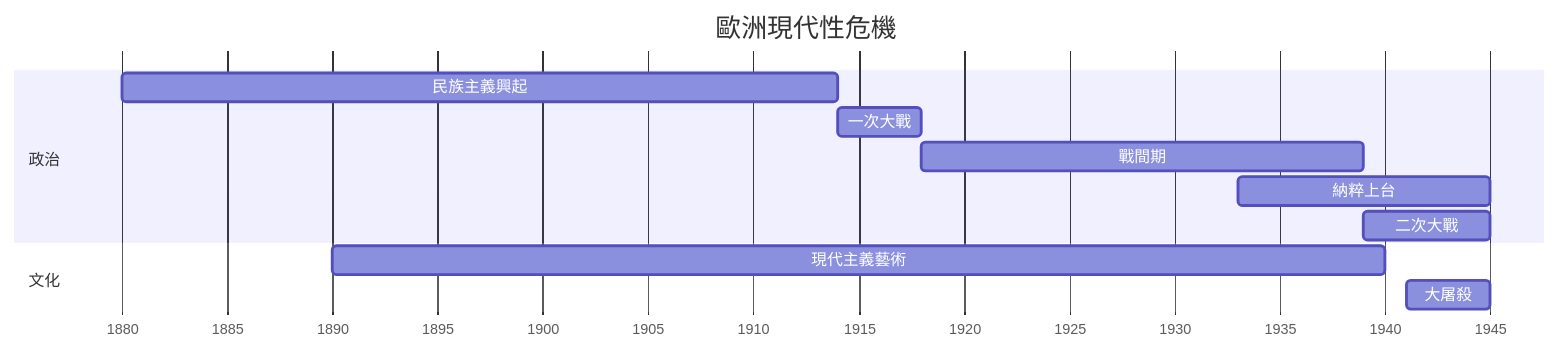
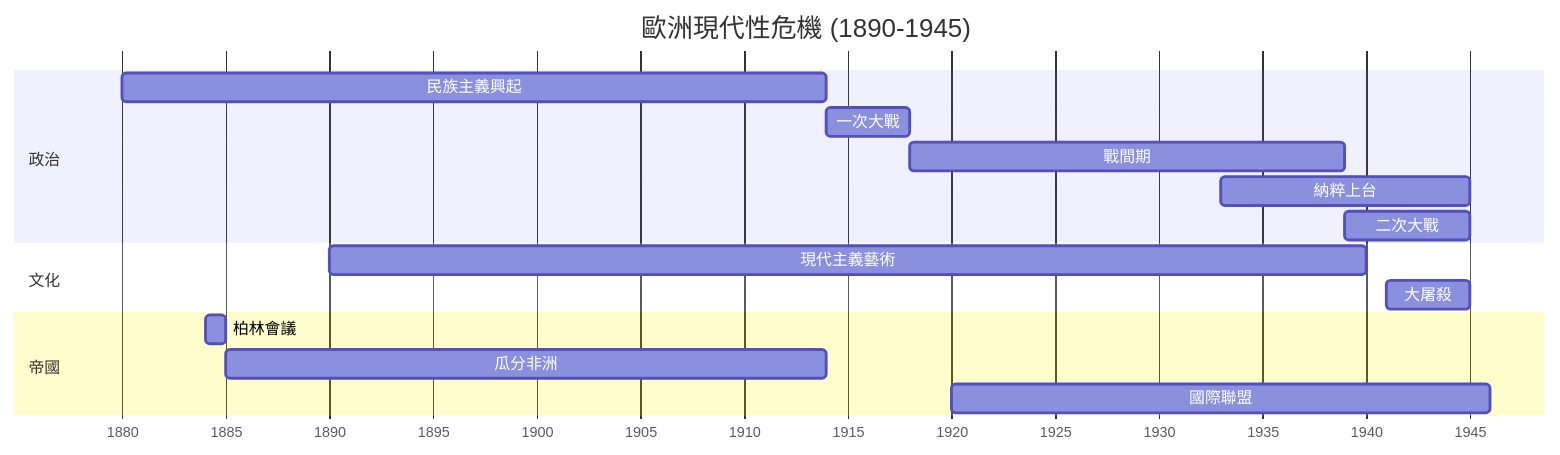
One commit to yip-lgtm/HKU-Harvard-History-Self-Study changed the sixth of 10 diagrams in 01_HKU_Courses/HIST2063_Europe_and_modernity.md. Above: the diagram before and after it, drawn with Mermaid. The commit also changed other lines of this file and 12 other files, not shown here.

````diff
--- a/01_HKU_Courses/HIST2063_Europe_and_modernity.md
+++ b/01_HKU_Courses/HIST2063_Europe_and_modernity.md
@@ -304,15 +352,19 @@
 ```mermaid
 gantt
-    title 歐洲現代性危機
+    title 歐洲現代性危機 (1890-1945)
     dateFormat  YYYY
     axisFormat  %Y
     section 政治
-    民族主義興起    :1880, 1914
-    一次大戰    :1914, 1918
-    戰間期    :1918, 1939
-    納粹上台    :1933, 1945
-    二次大戰    :1939, 1945
+    民族主義興起          :1880, 1914
+    一次大戰              :1914, 1918
+    戰間期                :1918, 1939
+    納粹上台              :1933, 1945
+    二次大戰              :1939, 1945
     section 文化
-    現代主義藝術    :1890, 1940
-    大屠殺    :1941, 1945
+    現代主義藝術          :1890, 1940
+    大屠殺                :1941, 1945
+    section 帝國
+    柏林會議              :1884, 1885
+    瓜分非洲              :1885, 1914
+    國際聯盟              :1920, 1946
 ```
````
